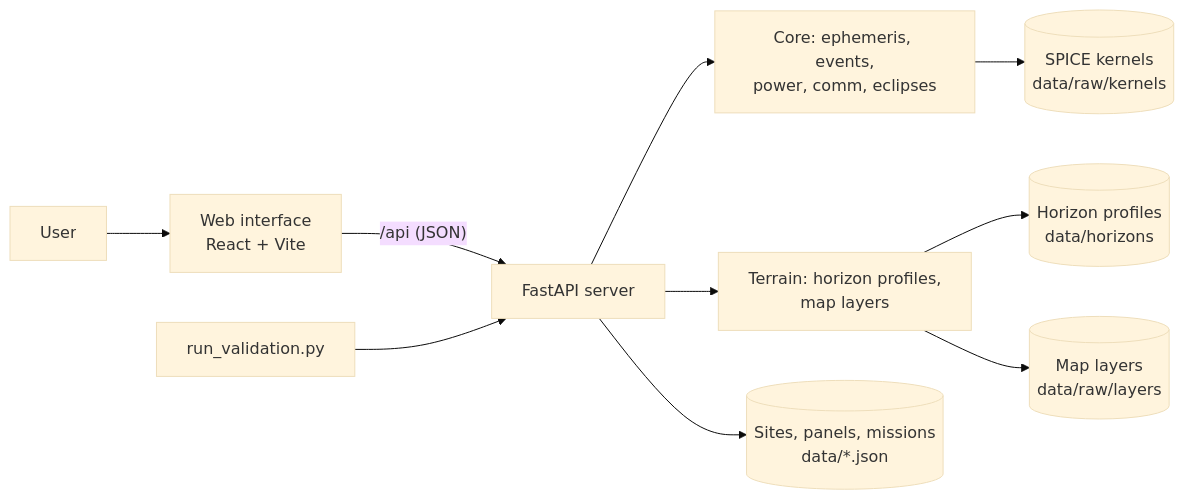
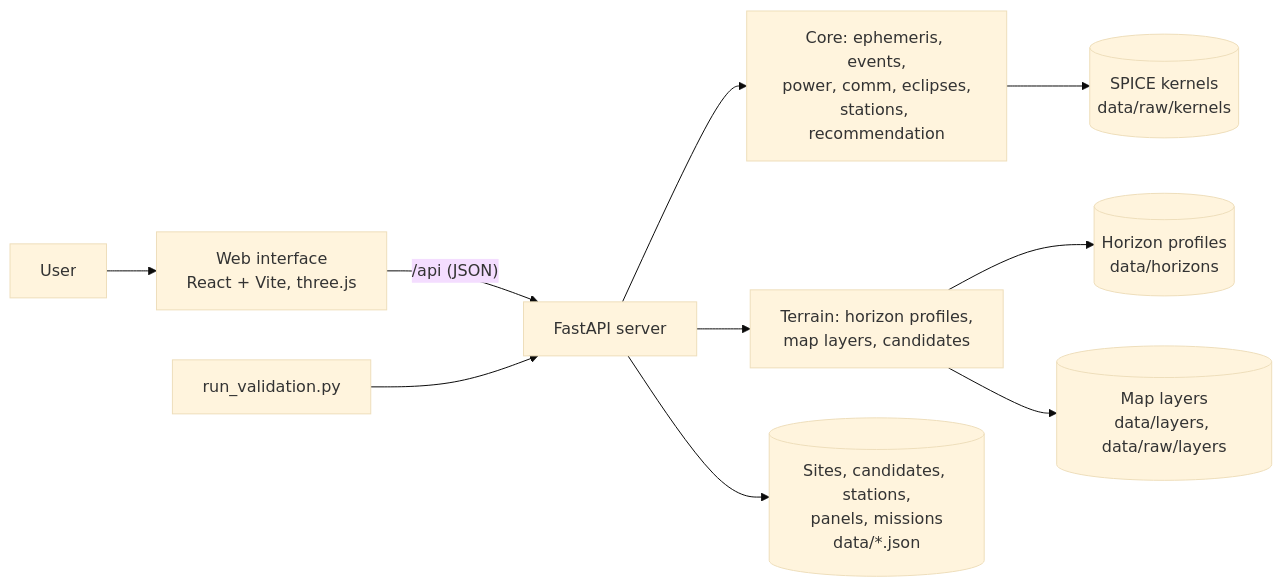
One commit to ahmetkrkyn0/NasaSpaceApp_FEZA changed the diagram in README.md. Above: the diagram before and after it, drawn with Mermaid (base theme). The commit also changed other lines of this file and 2 other files, not shown here.

First line of the commit message:
docs(submission): describe candidates, recommendation and link view (#129)

````diff
--- a/README.md
+++ b/README.md
@@ -201,12 +218,12 @@
 ```mermaid
 flowchart LR
-    User --> UI[Web interface<br/>React + Vite]
+    User --> UI[Web interface<br/>React + Vite, three.js]
     UI -- "/api (JSON)" --> API[FastAPI server]
-    API --> Core[Core: ephemeris, events,<br/>power, comm, eclipses]
-    API --> Terrain[Terrain: horizon profiles,<br/>map layers]
+    API --> Core[Core: ephemeris, events,<br/>power, comm, eclipses,<br/>stations, recommendation]
+    API --> Terrain[Terrain: horizon profiles,<br/>map layers, candidates]
     Core --> SPICE[(SPICE kernels<br/>data/raw/kernels)]
     Terrain --> Hz[(Horizon profiles<br/>data/horizons)]
-    Terrain --> Layers[(Map layers<br/>data/raw/layers)]
-    API --> Catalog[(Sites, panels, missions<br/>data/*.json)]
+    Terrain --> Layers[(Map layers<br/>data/layers, data/raw/layers)]
+    API --> Catalog[(Sites, candidates, stations,<br/>panels, missions<br/>data/*.json)]
     Val[run_validation.py] --> API
 ```
````
